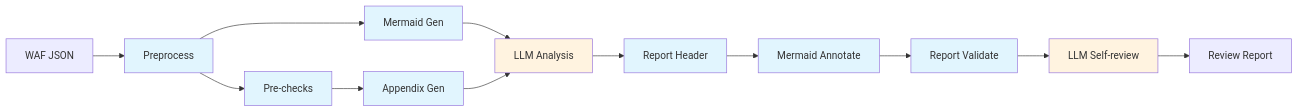
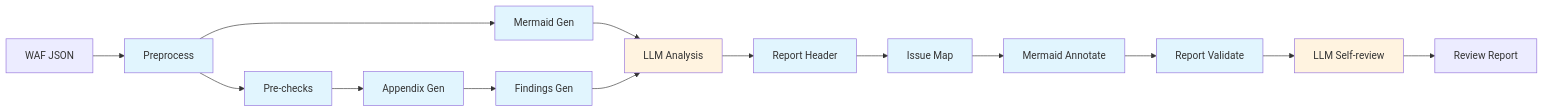
Before and after one commit to chenghit/aws-waf-rules-reviewer: the diagram in README_EN.md, drawn with Mermaid. The commit also changed other lines of this file and 7 other files, not shown here.

````diff
--- a/README_EN.md
+++ b/README_EN.md
@@ -9,24 +9,28 @@
 ```mermaid
 flowchart LR
     A["WAF JSON"] --> B["Preprocess"]
     B --> C["Mermaid Gen"]
     B --> D["Pre-checks"]
     D --> D2["Appendix Gen"]
+    D2 --> D3["Findings Gen"]
     C --> E["LLM Analysis"]
-    D2 --> E
+    D3 --> E
     E --> E2["Report Header"]
-    E2 --> F["Mermaid Annotate"]
+    E2 --> E3["Issue Map"]
+    E3 --> F["Mermaid Annotate"]
     F --> G["Report Validate"]
     G --> H["LLM Self-review"]
     H --> I["Review Report"]
 
     style B fill:#e1f5fe
     style C fill:#e1f5fe
     style D fill:#e1f5fe
     style D2 fill:#e1f5fe
+    style D3 fill:#e1f5fe
     style E2 fill:#e1f5fe
+    style E3 fill:#e1f5fe
     style F fill:#e1f5fe
     style G fill:#e1f5fe
     style E fill:#fff3e0
     style H fill:#fff3e0
 ```
````
